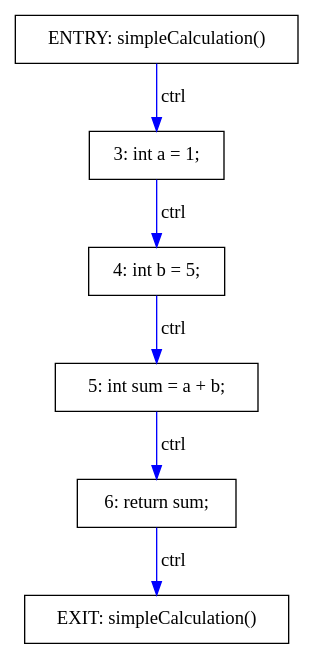
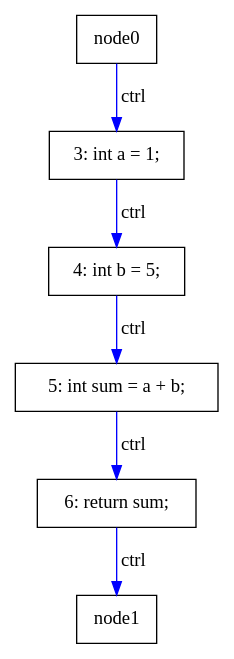
One commit to khaser/java-pdg changed the diagram in results/SimpleCalculation.dot. Above: the diagram before and after it, drawn with Graphviz. The commit also changed 21 other files, not shown here.

```diff
--- a/results/SimpleCalculation.dot
+++ b/results/SimpleCalculation.dot
@@ -1,17 +1,15 @@
 digraph PDG {
   rankdir=TB;
   node [shape=box];
 
-  node0 [label="ENTRY: simpleCalculation()"];
-  node1 [label="EXIT: simpleCalculation()"];
   node2 [label="3: int a = 1;"];
   node3 [label="4: int b = 5;"];
   node4 [label="5: int sum = a + b;"];
   node5 [label="6: return sum;"];
 
   node0 -> node2 [label="ctrl", color=blue];
   node2 -> node3 [label="ctrl", color=blue];
   node3 -> node4 [label="ctrl", color=blue];
   node4 -> node5 [label="ctrl", color=blue];
   node5 -> node1 [label="ctrl", color=blue];
 }
```
